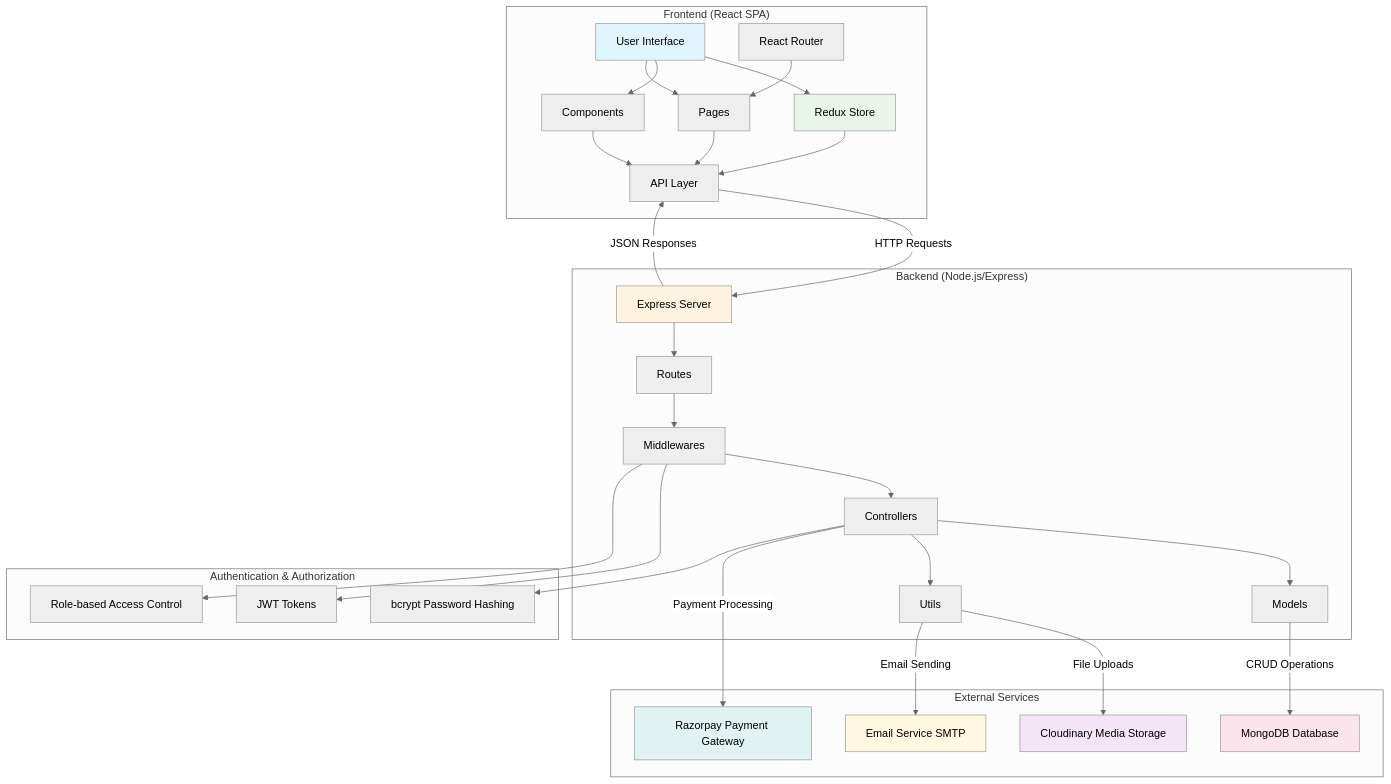
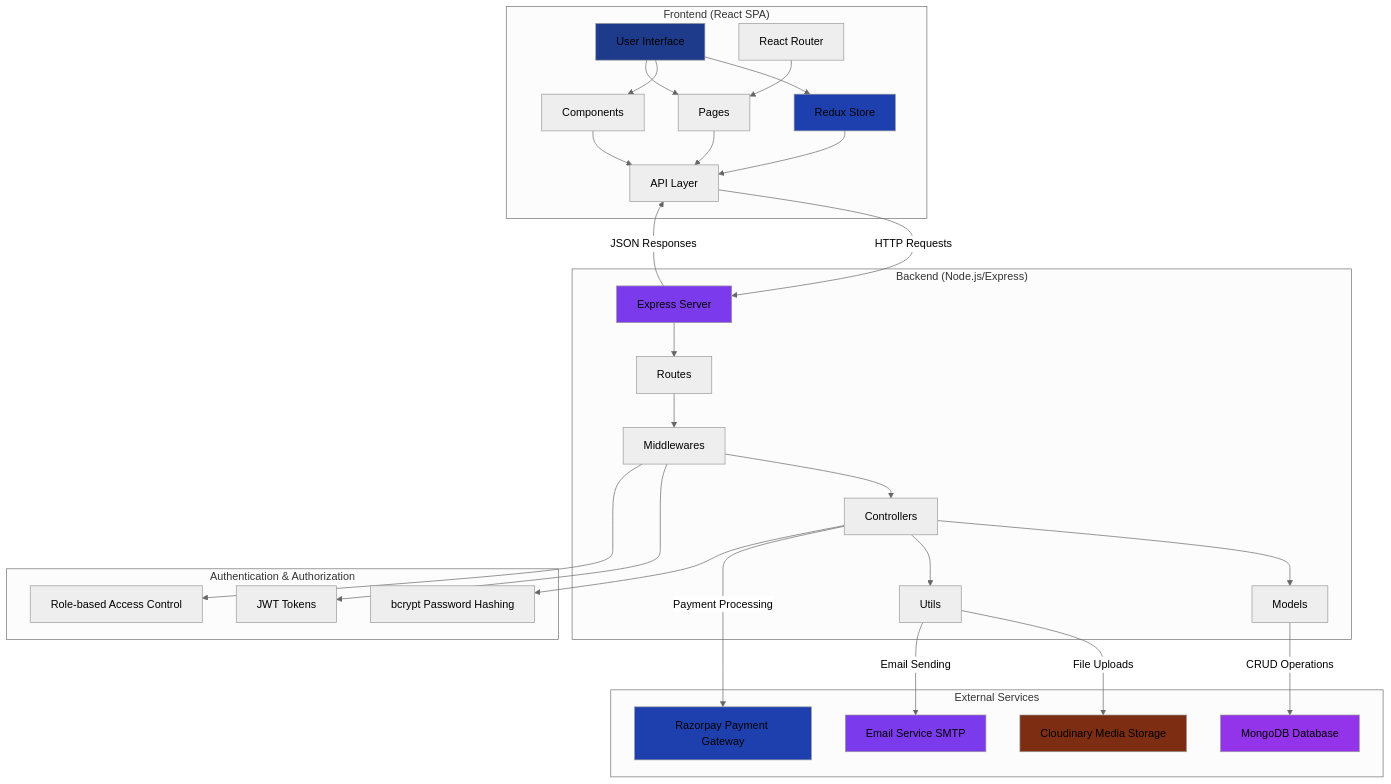
One commit to vedantsrivastavaCN/SkillVerse changed the first of 15 diagrams in FLOW diagrams.md. Above: the diagram before and after it, drawn with Mermaid (neutral theme). The commit also changed other lines of this file, not shown here.

Commit message:
flow diagrams color scheme changed

````diff
--- a/FLOW diagrams.md
+++ b/FLOW diagrams.md
@@ -25,67 +25,67 @@
 ```mermaid
 graph TB
     subgraph "Frontend (React SPA)"
         A[User Interface]
         B[Redux Store]
         C[API Layer]
         D[Components]
         E[Pages]
         F[React Router]
     end
     
     subgraph "Backend (Node.js/Express)"
         G[Express Server]
         H[Routes]
         I[Controllers]
         J[Middlewares]
         K[Models]
         L[Utils]
     end
     
     subgraph "External Services"
         M[MongoDB Database]
         N[Cloudinary Media Storage]
         O[Razorpay Payment Gateway]
         P[Email Service SMTP]
     end
     
     subgraph "Authentication & Authorization"
         Q[JWT Tokens]
         R[bcrypt Password Hashing]
         S[Role-based Access Control]
     end
     
     A --> B
     A --> D
     A --> E
     D --> C
     E --> C
     F --> E
     B --> C
     
     C -->|HTTP Requests| G
     G --> H
     H --> J
     J --> I
     I --> K
     I --> L
     
     K -->|CRUD Operations| M
     L -->|File Uploads| N
     I -->|Payment Processing| O
     L -->|Email Sending| P
     
     J --> Q
     I --> R
     J --> S
     
     G -->|JSON Responses| C
     
-    style A fill:#e1f5fe
-    style B fill:#e8f5e8
-    style G fill:#fff3e0
-    style M fill:#fce4ec
-    style N fill:#f3e5f5
-    style O fill:#e0f2f1
-    style P fill:#fff8e1
+    style A fill:#1e3a8a
+    style B fill:#1e40af
+    style G fill:#7c3aed
+    style M fill:#9333ea
+    style N fill:#7c2d12
+    style O fill:#1e40af
+    style P fill:#7c3aed
 ```
````
